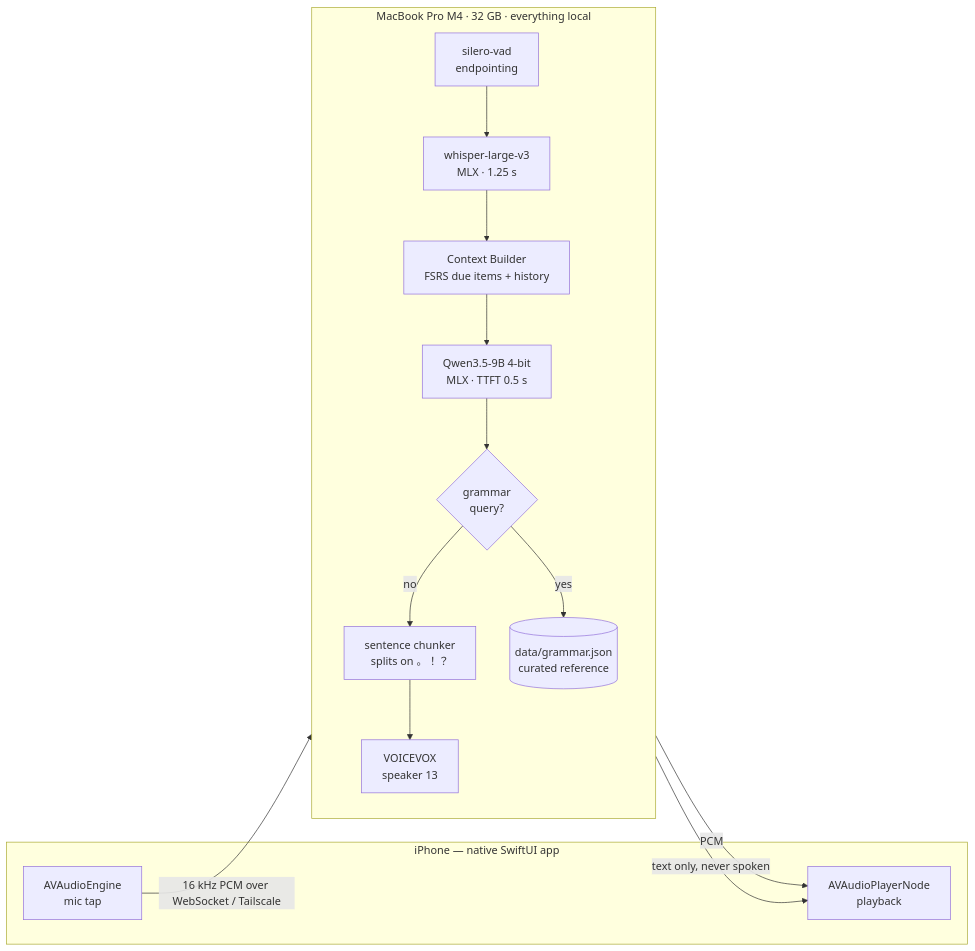
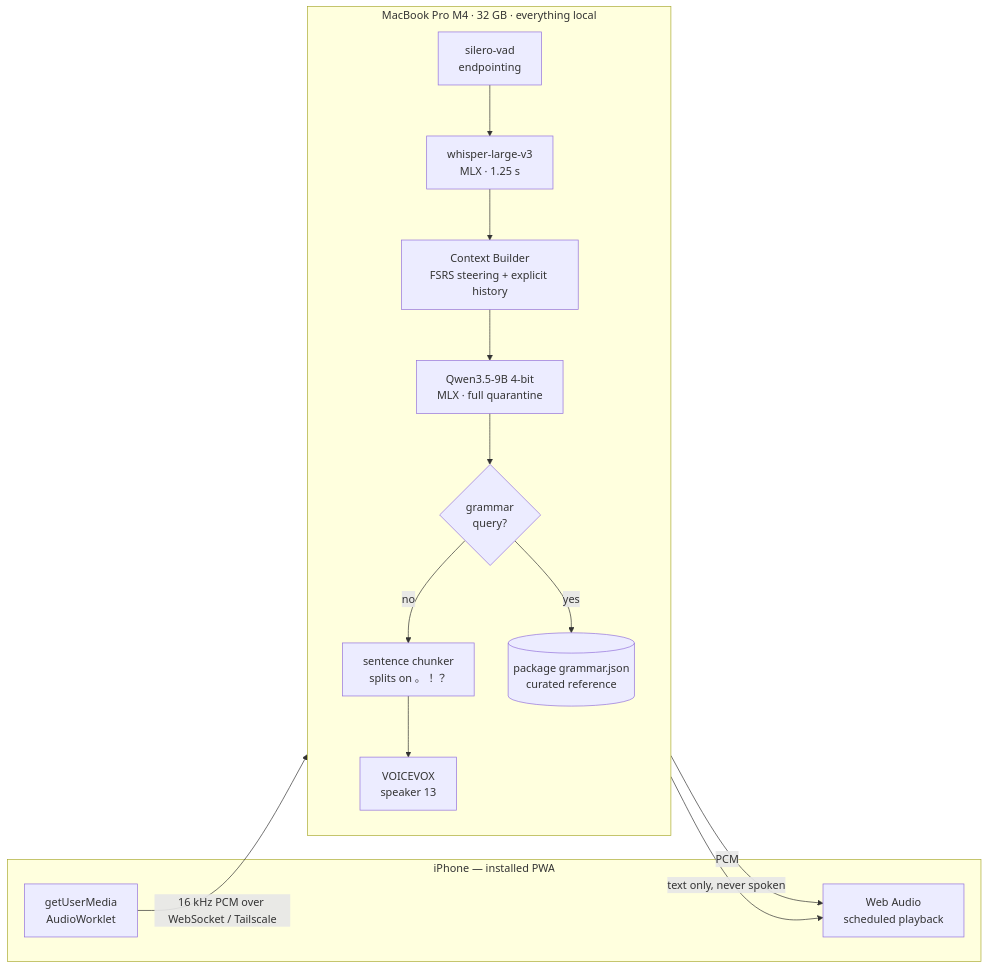
One commit to decdees/LOcha changed the first of 3 diagrams in README.md. Above: the diagram before and after it, drawn with Mermaid. The commit also changed other lines of this file and 42 other files, not shown here.

````diff
--- a/README.md
+++ b/README.md
@@ -25,26 +25,26 @@
 ```mermaid
 flowchart LR
-    subgraph phone["iPhone — native SwiftUI app"]
-        MIC["AVAudioEngine<br/>mic tap"]
-        SPK["AVAudioPlayerNode<br/>playback"]
+    subgraph phone["iPhone — installed PWA"]
+        MIC["getUserMedia<br/>AudioWorklet"]
+        SPK["Web Audio<br/>scheduled playback"]
     end
 
     subgraph mac["MacBook Pro M4 · 32 GB · everything local"]
         direction TB
         VAD["silero-vad<br/>endpointing"]
         ASR["whisper-large-v3<br/>MLX · 1.25 s"]
-        CTX["Context Builder<br/>FSRS due items + history"]
-        LLM["Qwen3.5-9B 4-bit<br/>MLX · TTFT 0.5 s"]
+        CTX["Context Builder<br/>FSRS steering + explicit history"]
+        LLM["Qwen3.5-9B 4-bit<br/>MLX · full quarantine"]
         FW{"grammar<br/>query?"}
-        REF[("data/grammar.json<br/>curated reference")]
+        REF[("package grammar.json<br/>curated reference")]
         CHUNK["sentence chunker<br/>splits on 。！？"]
         TTS["VOICEVOX<br/>speaker 13"]
     end
 
     MIC -->|"16 kHz PCM over WebSocket / Tailscale"| VAD
     VAD --> ASR --> CTX --> LLM --> FW
     FW -->|no| CHUNK --> TTS
     FW -->|yes| REF
     TTS -->|"PCM"| SPK
     REF -->|"text only, never spoken"| SPK
 ```
````
